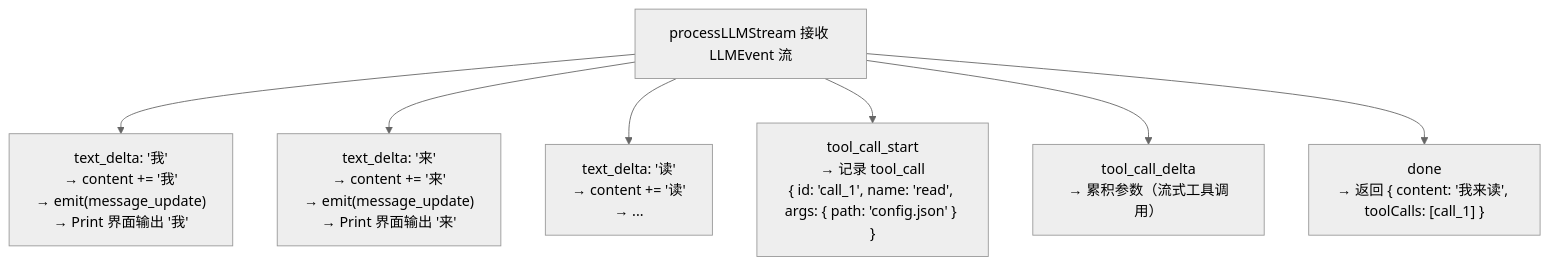
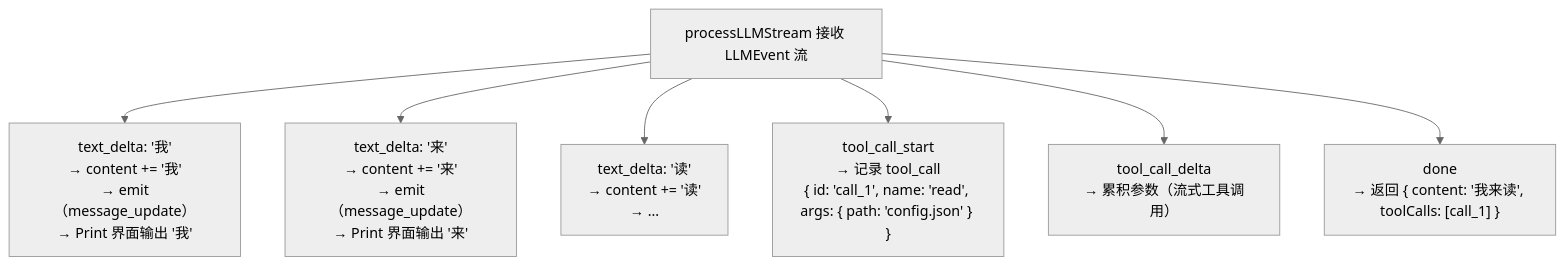
One commit to KNeegcyao/my-easy-pi changed the sixth of 12 diagrams in docs/09-putting-it-together/02-end-to-end-flow.md. Above: the diagram before and after it, drawn with Mermaid (neutral theme). The commit also changed other lines of this file and 25 other files, not shown here.

First line of the commit message:
fix: 修复 Mermaid 图表语法错误

````diff
--- a/docs/09-putting-it-together/02-end-to-end-flow.md
+++ b/docs/09-putting-it-together/02-end-to-end-flow.md
@@ -259,9 +259,9 @@
 ```mermaid
 flowchart TD
-    Start["processLLMStream 接收 LLMEvent 流"] --> Delta1["text_delta: '我'<br/>→ content += '我'<br/>→ emit(message_update)<br/>→ Print 界面输出 '我'"]
-    Start --> Delta2["text_delta: '来'<br/>→ content += '来'<br/>→ emit(message_update)<br/>→ Print 界面输出 '来'"]
+    Start["processLLMStream 接收 LLMEvent 流"] --> Delta1["text_delta: '我'<br/>→ content += '我'<br/>→ emit（message_update）<br/>→ Print 界面输出 '我'"]
+    Start --> Delta2["text_delta: '来'<br/>→ content += '来'<br/>→ emit（message_update）<br/>→ Print 界面输出 '来'"]
     Start --> Delta3["text_delta: '读'<br/>→ content += '读'<br/>→ ..."]
     Start --> ToolStart["tool_call_start<br/>→ 记录 tool_call<br/>{ id: 'call_1', name: 'read', args: { path: 'config.json' } }"]
     Start --> ToolDelta["tool_call_delta<br/>→ 累积参数（流式工具调用）"]
     Start --> Done["done<br/>→ 返回 { content: '我来读', toolCalls: [call_1] }"]
 ```
````
